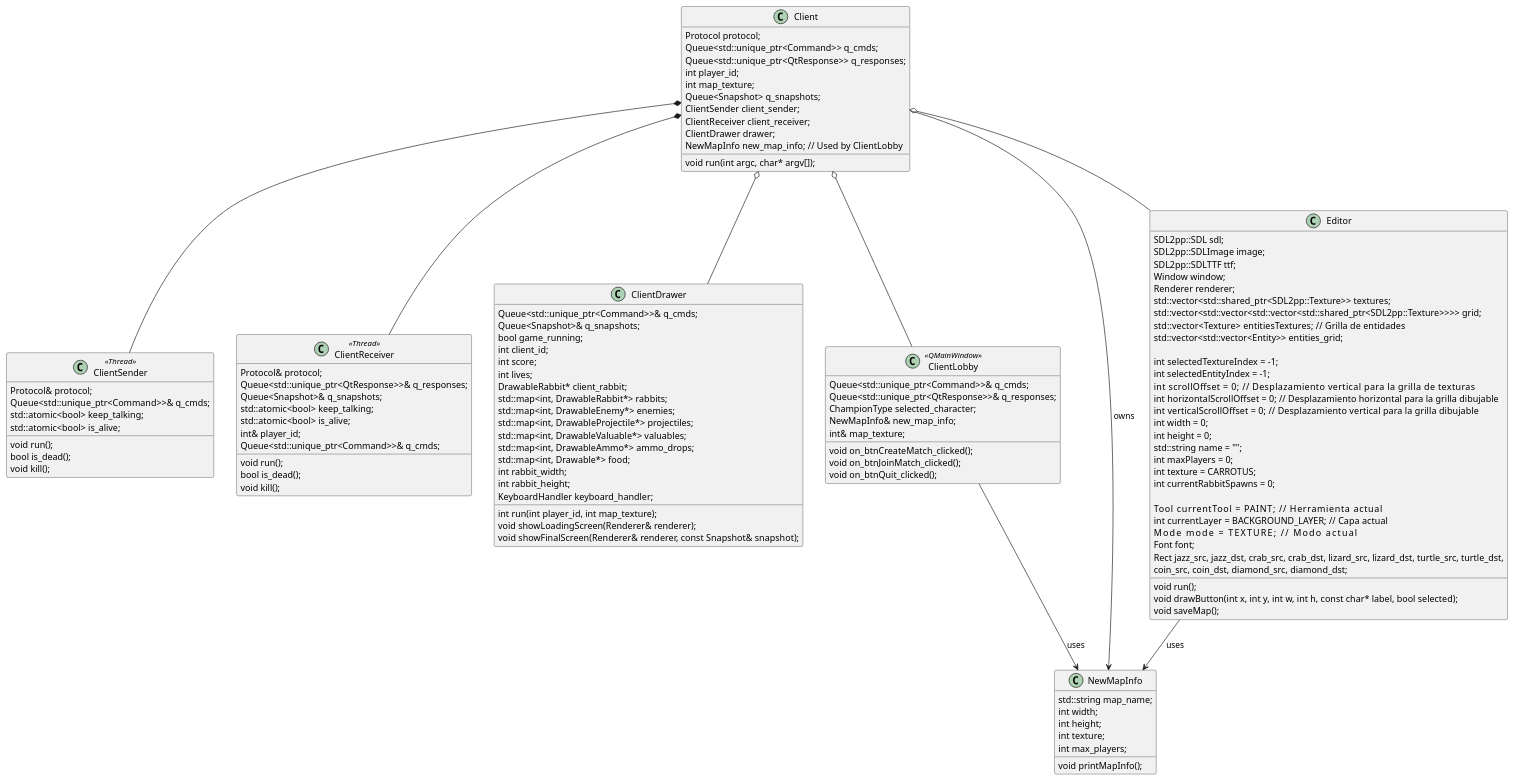
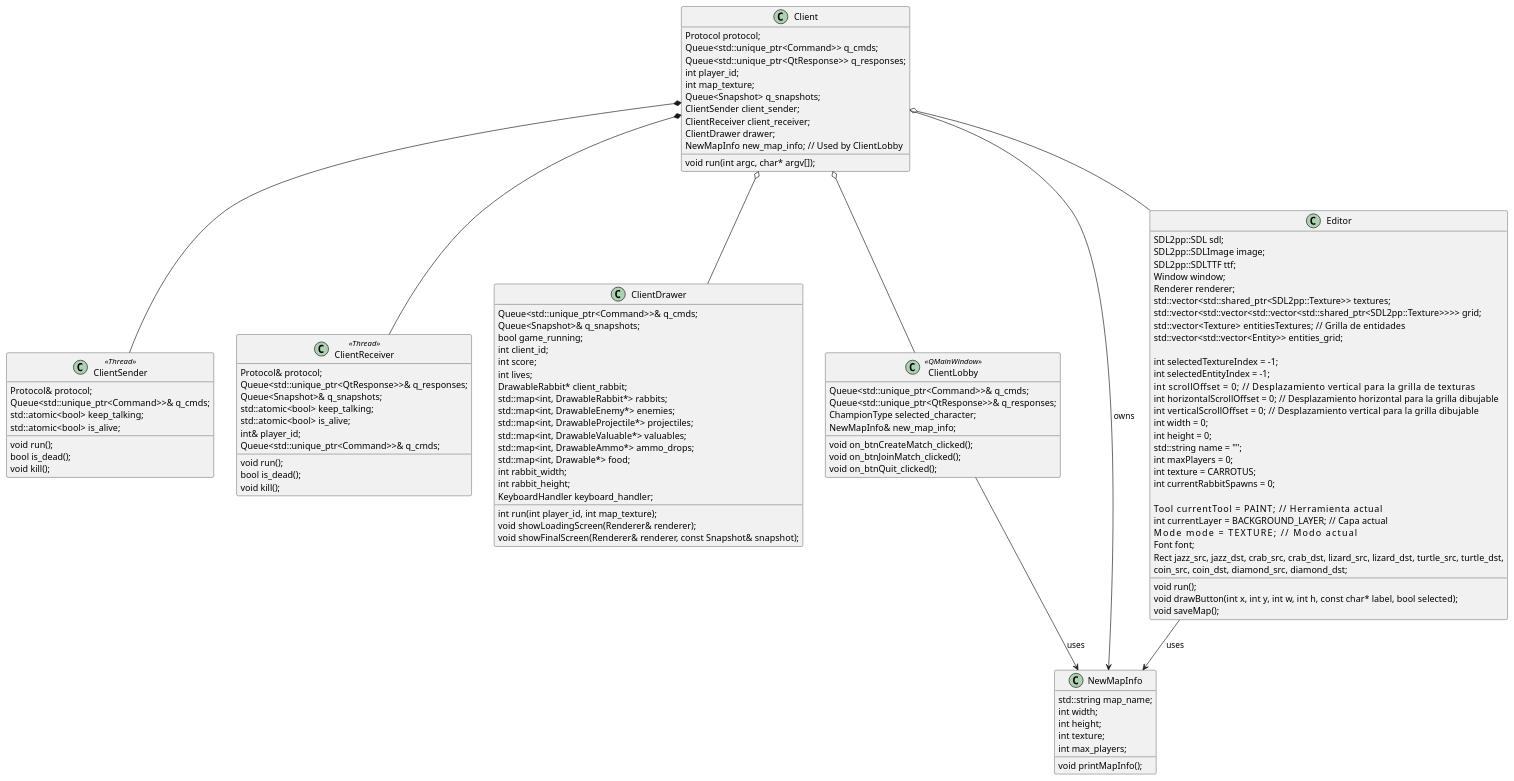
One commit to Taller-de-Programacion-1-1C2024-GRUPO1/TP-Jazz-Jackrabbit-2 changed the diagram in documentation/UMLS/client.puml. Above: the diagram before and after it, drawn with PlantUML. The commit also changed 14 other files, not shown here.

```diff
--- a/documentation/UMLS/client.puml
+++ b/documentation/UMLS/client.puml
@@ -3,136 +3,135 @@
 @startuml
 class Client {
     Protocol protocol;
     Queue<std::unique_ptr<Command>> q_cmds;
     Queue<std::unique_ptr<QtResponse>> q_responses;
     int player_id;
     int map_texture;
     Queue<Snapshot> q_snapshots;
     ClientSender client_sender;
     ClientReceiver client_receiver;
     ClientDrawer drawer;
     NewMapInfo new_map_info; // Used by ClientLobby
 
     void run(int argc, char* argv[]);
 }
 
 class ClientSender <<Thread>> {
     Protocol& protocol;
     Queue<std::unique_ptr<Command>>& q_cmds;
     std::atomic<bool> keep_talking;
     std::atomic<bool> is_alive;
 
     void run();
     bool is_dead();
     void kill();
 }
 
 class ClientReceiver<<Thread>> {
     Protocol& protocol;
     Queue<std::unique_ptr<QtResponse>>& q_responses;
     Queue<Snapshot>& q_snapshots;
     std::atomic<bool> keep_talking;
     std::atomic<bool> is_alive;
     int& player_id;
     Queue<std::unique_ptr<Command>>& q_cmds;
 
     void run();
     bool is_dead();
     void kill();
 }
 
 class ClientDrawer {
     Queue<std::unique_ptr<Command>>& q_cmds;
     Queue<Snapshot>& q_snapshots;
     bool game_running;
     int client_id;
     int score;
     int lives;
     DrawableRabbit* client_rabbit;
     std::map<int, DrawableRabbit*> rabbits;
     std::map<int, DrawableEnemy*> enemies;
     std::map<int, DrawableProjectile*> projectiles;
     std::map<int, DrawableValuable*> valuables;
     std::map<int, DrawableAmmo*> ammo_drops;
     std::map<int, Drawable*> food;
     int rabbit_width;
     int rabbit_height;
     KeyboardHandler keyboard_handler;
 
     int run(int player_id, int map_texture);
     void showLoadingScreen(Renderer& renderer);
     void showFinalScreen(Renderer& renderer, const Snapshot& snapshot);
 }
 
 class ClientLobby <<QMainWindow>> {
     Queue<std::unique_ptr<Command>>& q_cmds;
     Queue<std::unique_ptr<QtResponse>>& q_responses;
     ChampionType selected_character;
     NewMapInfo& new_map_info;
-    int& map_texture;
 
     void on_btnCreateMatch_clicked();
     void on_btnJoinMatch_clicked();
     void on_btnQuit_clicked();
 }
 
 class NewMapInfo {
     std::string map_name;
     int width;
     int height;
     int texture;
     int max_players;
     
     void printMapInfo();
 }
 
 
 class Editor {
     SDL2pp::SDL sdl;
     SDL2pp::SDLImage image;
     SDL2pp::SDLTTF ttf;
     Window window;
     Renderer renderer;
     std::vector<std::shared_ptr<SDL2pp::Texture>> textures;
     std::vector<std::vector<std::vector<std::shared_ptr<SDL2pp::Texture>>>> grid;
     std::vector<Texture> entitiesTextures;  // Grilla de entidades
     std::vector<std::vector<Entity>> entities_grid;
 
     int selectedTextureIndex = -1;
     int selectedEntityIndex = -1;
     int scrollOffset = 0;            // Desplazamiento vertical para la grilla de texturas
     int horizontalScrollOffset = 0;  // Desplazamiento horizontal para la grilla dibujable
     int verticalScrollOffset = 0;    // Desplazamiento vertical para la grilla dibujable
     int width = 0;
     int height = 0;
     std::string name = "";
     int maxPlayers = 0;
     int texture = CARROTUS;
     int currentRabbitSpawns = 0;
 
     Tool currentTool = PAINT;             // Herramienta actual
     int currentLayer = BACKGROUND_LAYER;  // Capa actual
     Mode mode = TEXTURE;                  // Modo actual
     Font font;
     Rect jazz_src, jazz_dst, crab_src, crab_dst, lizard_src, lizard_dst, turtle_src, turtle_dst,
             coin_src, coin_dst, diamond_src, diamond_dst;
 
 
 
 
     void run();
     void drawButton(int x, int y, int w, int h, const char* label, bool selected);
     void saveMap();
 }
 
 
 Client *-- ClientSender 
 Client *-- ClientReceiver
 
 Client o-- ClientDrawer 
 Client o-- ClientLobby 
 Client --> NewMapInfo : owns
 ClientLobby --> NewMapInfo : uses
 Editor --> NewMapInfo : uses
 Client o-- Editor
 @enduml
```
